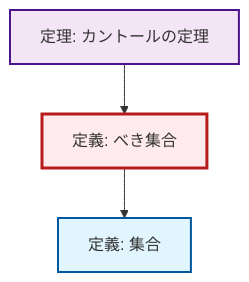
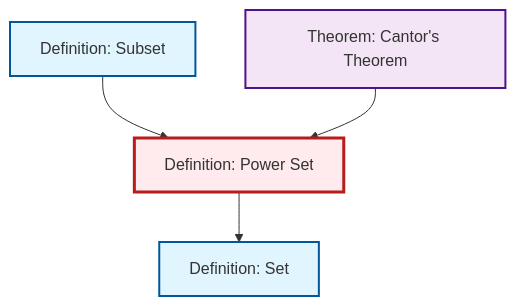
The second of 2 diagrams in content/ja/logic-set-theory/def-power-set.qmd (RK0429/ModernMath), drawn with Mermaid before and after one commit. The commit also changed 203 other files, not shown here.

````diff
--- a/content/ja/logic-set-theory/def-power-set.qmd
+++ b/content/ja/logic-set-theory/def-power-set.qmd
@@ -68,18 +68,17 @@
 ```{mermaid}
-%%| fig-cap: "局所的な依存関係グラフ"
+%%| fig-cap: "Local dependency graph"
 graph TD
     classDef definition fill:#e1f5fe,stroke:#01579b,stroke-width:2px
     classDef theorem fill:#f3e5f5,stroke:#4a148c,stroke-width:2px
     classDef axiom fill:#fff3e0,stroke:#e65100,stroke-width:2px
     classDef example fill:#e8f5e9,stroke:#1b5e20,stroke-width:2px
     classDef current fill:#ffebee,stroke:#b71c1c,stroke-width:3px
-    def-set["定義: 集合"]:::definition
-    thm-cantor["定理: カントールの定理"]:::theorem
-    def-power-set["定義: べき集合"]:::definition
+    thm-cantor["Theorem: Cantor's Theorem"]:::theorem
+    def-power-set["Definition: Power Set"]:::definition
+    def-set["Definition: Set"]:::definition
+    def-subset["Definition: Subset"]:::definition
+    def-subset --> def-power-set
     thm-cantor --> def-power-set
     def-power-set --> def-set
     class def-power-set current
-
-    click def-set "def-set.html" "Go to 定義: 集合"
-    click thm-cantor "thm-cantor.html" "Go to 定理: カントールの定理"
 ```
````
